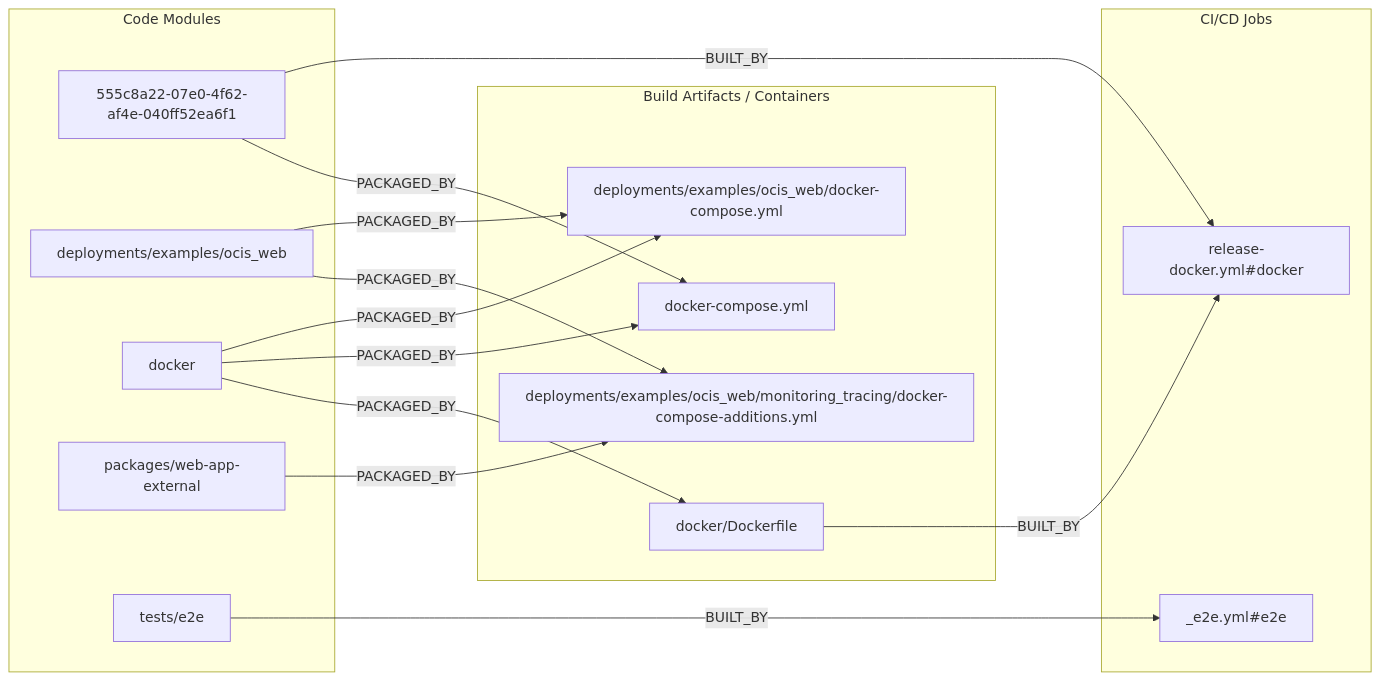
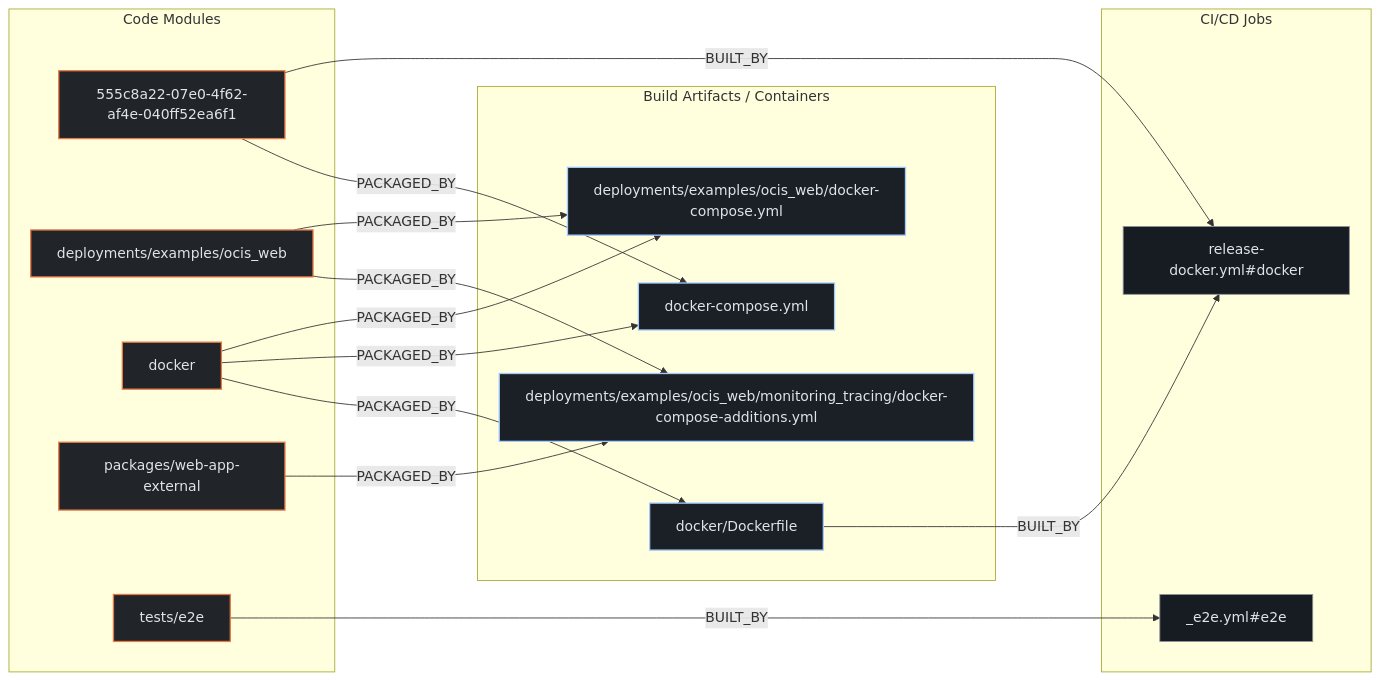
Before and after one commit to kumarshaz/atruss-code-atlas: the second of 3 diagrams in exports/latest/reports/owncloud-web-report.md, drawn with Mermaid. The commit also changed other lines of this file and 331 other files, not shown here.

Commit message:
docs,ui,fix: update SDLC docs, reorder CI/CD DAG first, stylize Mermaid, and fix Arc42 pipeline topology

````diff
--- a/exports/latest/reports/owncloud-web-report.md
+++ b/exports/latest/reports/owncloud-web-report.md
@@ -214,30 +221,34 @@
 ```mermaid
 flowchart LR
+    classDef atlasCategory fill:#212428,stroke:#E87A48,stroke-width:1.5px,color:#dfe3eb
+    classDef atlasWorkflow fill:#1b2026,stroke:#a3c9ff,stroke-width:1.5px,color:#dfe3eb
+    classDef atlasJob fill:#171c22,stroke:#8d9199,stroke-width:1px,color:#dfe3eb
+    classDef atlasTarget fill:#005227,stroke:#8bd99b,stroke-width:1.5px,color:#a7f6b6
     subgraph code_modules["Code Modules"]
-        mod_555c8a22_07e0_4f62_af4e_040ff52ea6f1["555c8a22-07e0-4f62-af4e-040ff52ea6f1"]
-        mod_deployments_examples_ocis_web["deployments/examples/ocis_web"]
-        mod_docker["docker"]
-        mod_packages_web_app_external["packages/web-app-external"]
-        mod_tests_e2e["tests/e2e"]
+        mod_555c8a22_07e0_4f62_af4e_040ff52ea6f1["555c8a22-07e0-4f62-af4e-040ff52ea6f1"]:::atlasCategory
+        mod_deployments_examples_ocis_web["deployments/examples/ocis_web"]:::atlasCategory
+        mod_docker["docker"]:::atlasCategory
+        mod_packages_web_app_external["packages/web-app-external"]:::atlasCategory
+        mod_tests_e2e["tests/e2e"]:::atlasCategory
     end
     subgraph build_artifacts["Build Artifacts / Containers"]
-        art_deployments_examples_ocis_web_docker_compose_yml["deployments/examples/ocis_web/docker-compose.yml"]
-        art_deployments_examples_ocis_web_monitoring_tracing_docker_compose_additions_yml["deployments/examples/ocis_web/monitoring_tracing/docker-compose-additions.yml"]
-        art_docker_compose_yml["docker-compose.yml"]
-        art_docker_Dockerfile["docker/Dockerfile"]
+        art_deployments_examples_ocis_web_docker_compose_yml["deployments/examples/ocis_web/docker-compose.yml"]:::atlasWorkflow
+        art_deployments_examples_ocis_web_monitoring_tracing_docker_compose_additions_yml["deployments/examples/ocis_web/monitoring_tracing/docker-compose-additions.yml"]:::atlasWorkflow
+        art_docker_compose_yml["docker-compose.yml"]:::atlasWorkflow
+        art_docker_Dockerfile["docker/Dockerfile"]:::atlasWorkflow
     end
     subgraph ci_jobs["CI/CD Jobs"]
-        job__e2e_yml_e2e["_e2e.yml#e2e"]
-        job_release_docker_yml_docker["release-docker.yml#docker"]
+        job__e2e_yml_e2e["_e2e.yml#e2e"]:::atlasJob
+        job_release_docker_yml_docker["release-docker.yml#docker"]:::atlasJob
     end
     mod_555c8a22_07e0_4f62_af4e_040ff52ea6f1 -->|BUILT_BY| job_release_docker_yml_docker
     mod_555c8a22_07e0_4f62_af4e_040ff52ea6f1 -->|PACKAGED_BY| art_docker_compose_yml
     mod_deployments_examples_ocis_web -->|PACKAGED_BY| art_deployments_examples_ocis_web_docker_compose_yml
     mod_deployments_examples_ocis_web -->|PACKAGED_BY| art_deployments_examples_ocis_web_monitoring_tracing_docker_compose_additions_yml
     mod_docker -->|PACKAGED_BY| art_deployments_examples_ocis_web_docker_compose_yml
     mod_docker -->|PACKAGED_BY| art_docker_compose_yml
     mod_docker -->|PACKAGED_BY| art_docker_Dockerfile
     mod_packages_web_app_external -->|PACKAGED_BY| art_deployments_examples_ocis_web_monitoring_tracing_docker_compose_additions_yml
     mod_tests_e2e -->|BUILT_BY| job__e2e_yml_e2e
     art_docker_Dockerfile -->|BUILT_BY| job_release_docker_yml_docker
 ```
````
